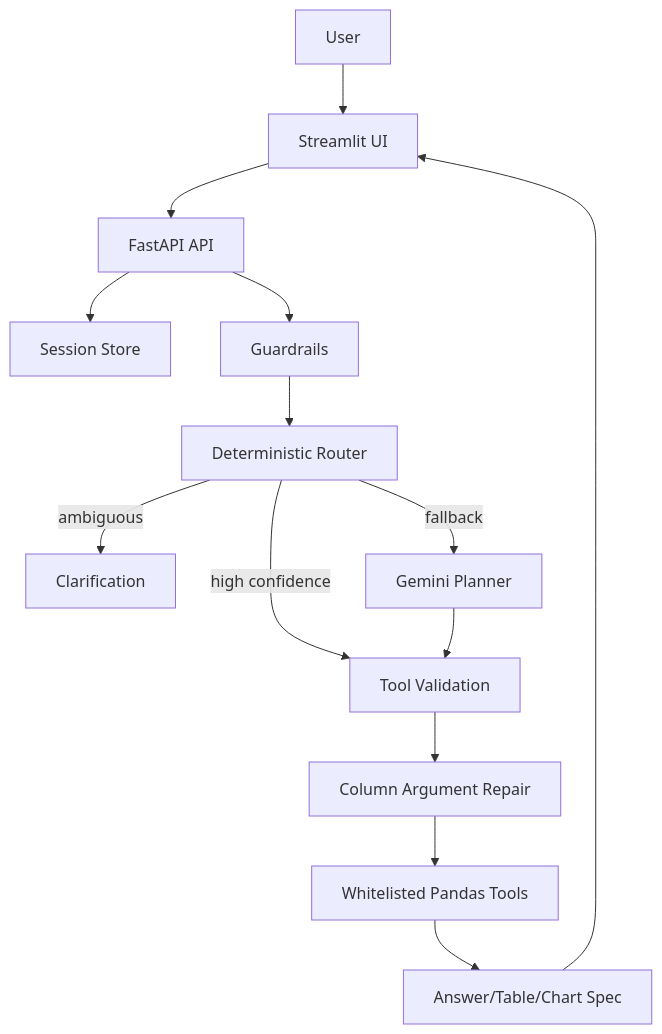
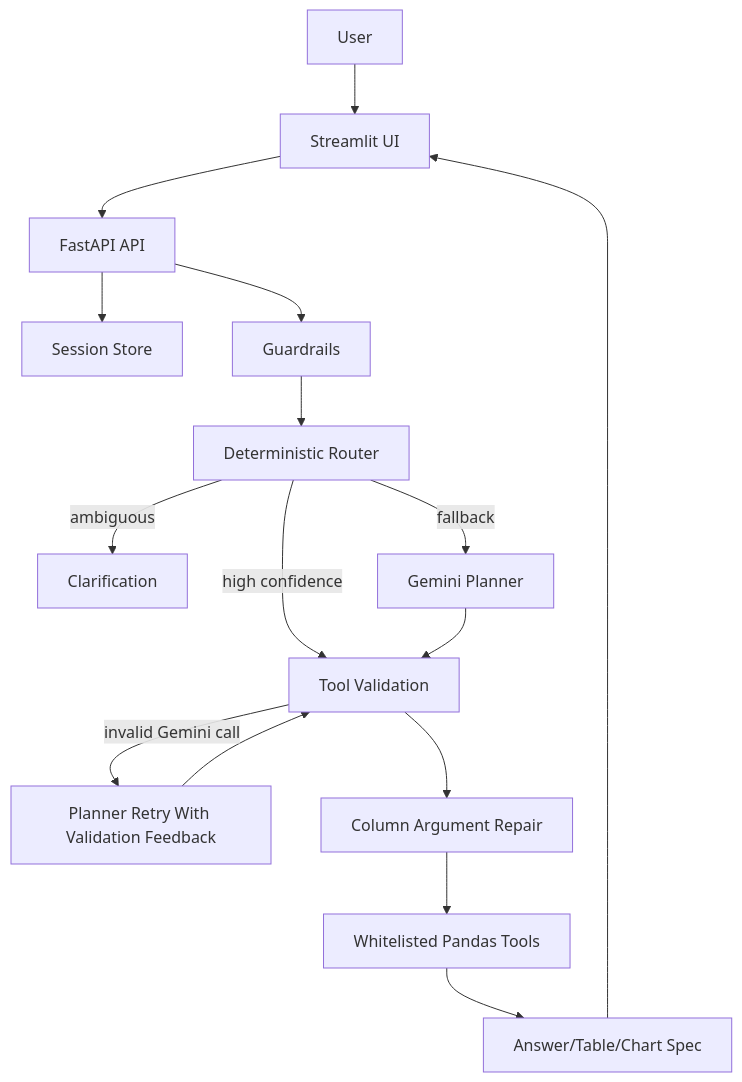
Before and after one commit to AnhPhiNe/ai-data-analyst-agent: the diagram in README.md, drawn with Mermaid. The commit also changed other lines of this file and 12 other files, not shown here.

Commit message:
Add planner retry and column data dictionary

````diff
--- a/README.md
+++ b/README.md
@@ -25,16 +27,18 @@
 ```mermaid
 flowchart TD
     U[User] --> FE[Streamlit UI]
     FE --> API[FastAPI API]
     API --> S[Session Store]
     API --> G[Guardrails]
     G --> R[Deterministic Router]
     R -->|high confidence| V[Tool Validation]
     R -->|ambiguous| C[Clarification]
     R -->|fallback| L[Gemini Planner]
     L --> V
+    V -->|invalid Gemini call| PR[Planner Retry With Validation Feedback]
+    PR --> V
     V --> CR[Column Argument Repair]
     CR --> T[Whitelisted Pandas Tools]
     T --> A[Answer/Table/Chart Spec]
     A --> FE
 ```
````
